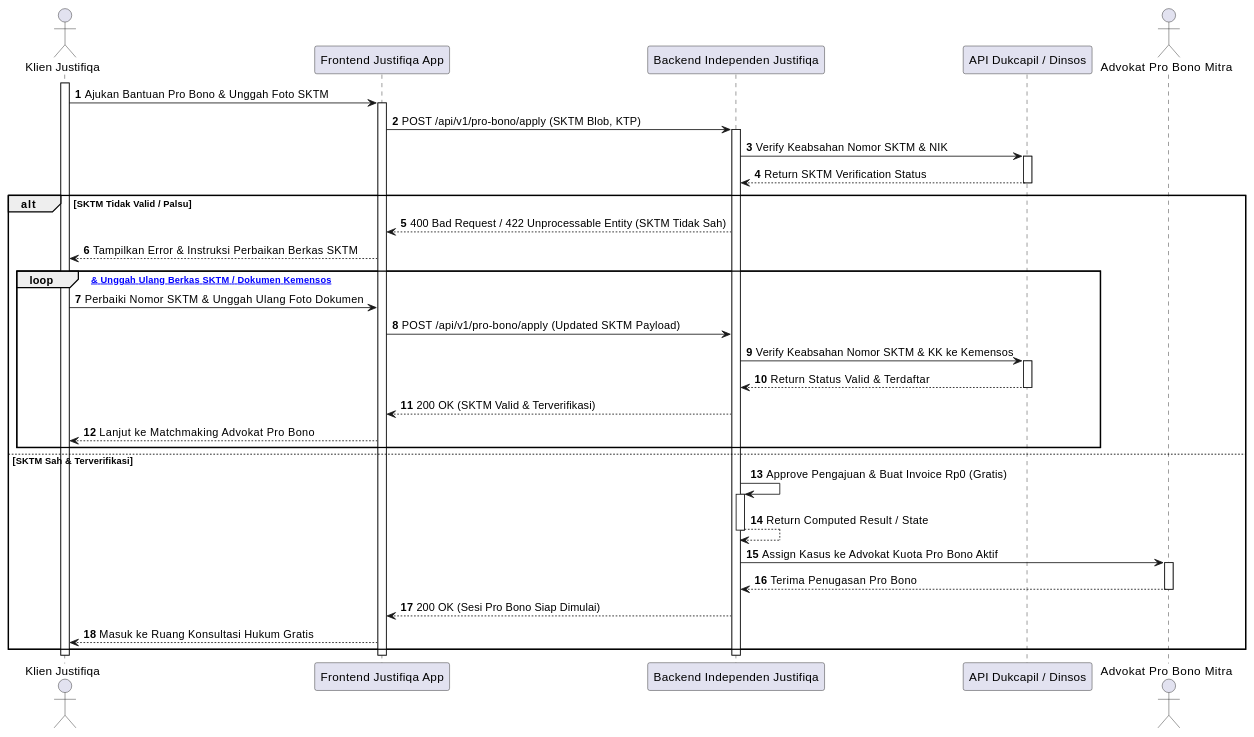
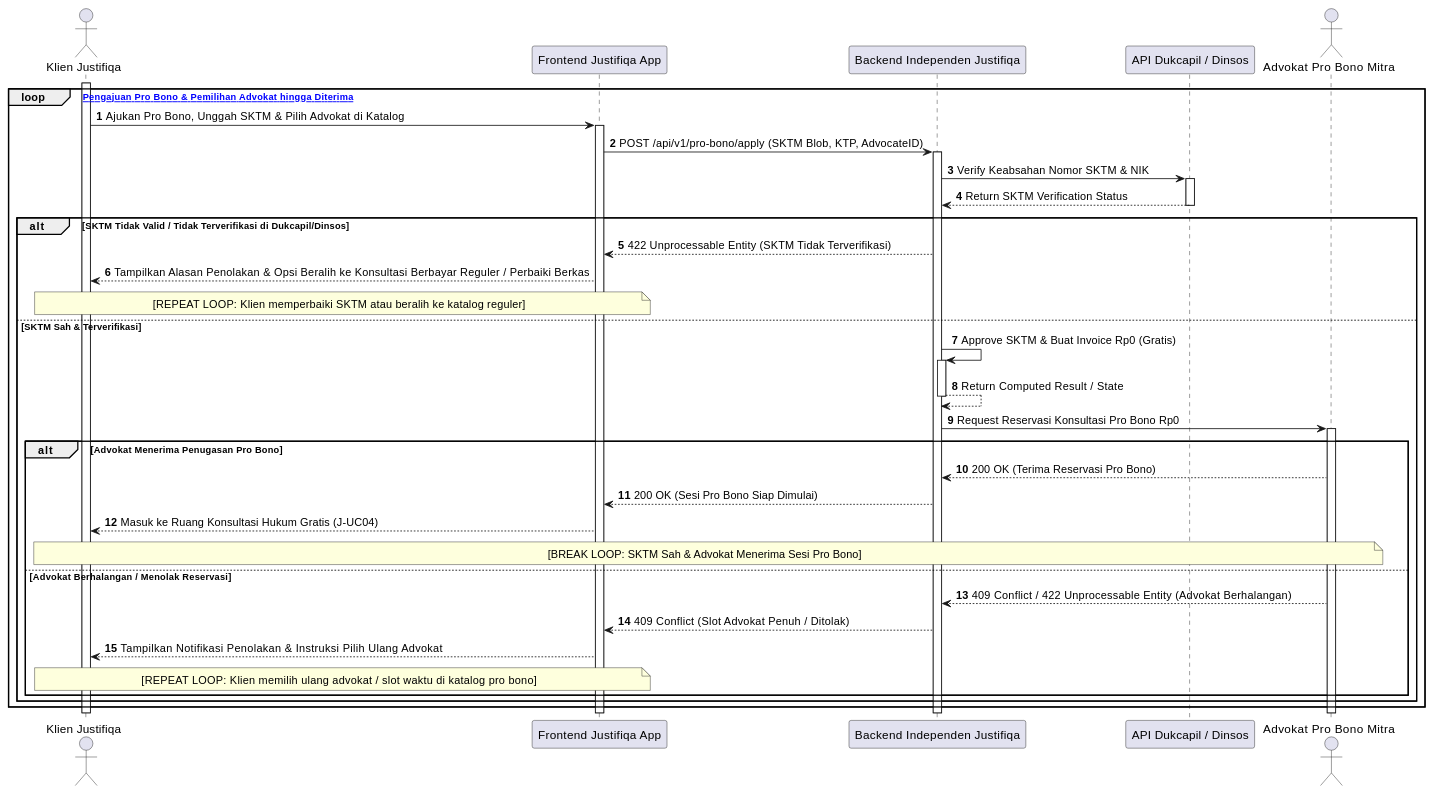
Before and after one commit to tupperwureism/SuperApp-Gagal: the seventh of 27 diagrams in MarkDown/plantuml_sequence_diagrams.md, drawn with PlantUML. The commit also changed other lines of this file and 2 other files, not shown here.

Commit message:
refactor(uml): standardize outer loop validation pattern and enforce 1-to-1 decision mapping between AD and SD

````diff
--- a/MarkDown/plantuml_sequence_diagrams.md
+++ b/MarkDown/plantuml_sequence_diagrams.md
@@ -400,41 +405,44 @@
 ```plantuml
 @startuml
 autonumber
 actor "Klien Justifiqa" as Klien
 participant "Frontend Justifiqa App" as FE
 participant "Backend Independen Justifiqa" as BE
 participant "API Dukcapil / Dinsos" as Ext
 actor "Advokat Pro Bono Mitra" as Mitra
 
 activate Klien
-Klien -> FE ++ : Ajukan Bantuan Pro Bono & Unggah Foto SKTM
-FE -> BE ++ : POST /api/v1/pro-bono/apply (SKTM Blob, KTP)
-BE -> Ext ++ : Verify Keabsahan Nomor SKTM & NIK
-Ext --> BE -- : Return SKTM Verification Status
+loop [Percobaan Pengajuan Pro Bono & Pemilihan Advokat hingga Diterima]
+    Klien -> FE ++ : Ajukan Pro Bono, Unggah SKTM & Pilih Advokat di Katalog
+    FE -> BE ++ : POST /api/v1/pro-bono/apply (SKTM Blob, KTP, AdvocateID)
+    BE -> Ext ++ : Verify Keabsahan Nomor SKTM & NIK
+    Ext --> BE -- : Return SKTM Verification Status
 
-alt SKTM Tidak Valid / Palsu
-    BE --> FE : 400 Bad Request / 422 Unprocessable Entity (SKTM Tidak Sah)
-    FE --> Klien : Tampilkan Error & Instruksi Perbaikan Berkas SKTM
-    
-    loop [Revisi & Unggah Ulang Berkas SKTM / Dokumen Kemensos]
-        Klien -> FE : Perbaiki Nomor SKTM & Unggah Ulang Foto Dokumen
-        FE -> BE : POST /api/v1/pro-bono/apply (Updated SKTM Payload)
-        BE -> Ext ++ : Verify Keabsahan Nomor SKTM & KK ke Kemensos
-        Ext --> BE -- : Return Status Valid & Terdaftar
-        BE --> FE : 200 OK (SKTM Valid & Terverifikasi)
-        FE --> Klien : Lanjut ke Matchmaking Advokat Pro Bono
+    alt SKTM Tidak Valid / Tidak Terverifikasi di Dukcapil/Dinsos
+        BE --> FE : 422 Unprocessable Entity (SKTM Tidak Terverifikasi)
+        FE --> Klien : Tampilkan Alasan Penolakan & Opsi Beralih ke Konsultasi Berbayar Reguler / Perbaiki Berkas
+        note over Klien, FE : [REPEAT LOOP: Klien memperbaiki SKTM atau beralih ke katalog reguler]
+    else SKTM Sah & Terverifikasi
+        BE -> BE ++ : Approve SKTM & Buat Invoice Rp0 (Gratis)
+        BE --> BE -- : Return Computed Result / State
+        BE -> Mitra ++ : Request Reservasi Konsultasi Pro Bono Rp0
+        
+        alt Advokat Menerima Penugasan Pro Bono
+            Mitra --> BE : 200 OK (Terima Reservasi Pro Bono)
+            BE --> FE : 200 OK (Sesi Pro Bono Siap Dimulai)
+            FE --> Klien : Masuk ke Ruang Konsultasi Hukum Gratis (J-UC04)
+            note over Klien, Mitra : [BREAK LOOP: SKTM Sah & Advokat Menerima Sesi Pro Bono]
+        else Advokat Berhalangan / Menolak Reservasi
+            Mitra --> BE : 409 Conflict / 422 Unprocessable Entity (Advokat Berhalangan)
+            BE --> FE : 409 Conflict (Slot Advokat Penuh / Ditolak)
+            FE --> Klien : Tampilkan Notifikasi Penolakan & Instruksi Pilih Ulang Advokat
+            note over Klien, FE : [REPEAT LOOP: Klien memilih ulang advokat / slot waktu di katalog pro bono]
+        end
     end
-else SKTM Sah & Terverifikasi
-    BE -> BE ++ : Approve Pengajuan & Buat Invoice Rp0 (Gratis)
-    BE --> BE -- : Return Computed Result / State
-    BE -> Mitra ++ : Assign Kasus ke Advokat Kuota Pro Bono Aktif
-    Mitra --> BE -- : Terima Penugasan Pro Bono
-    BE --> FE : 200 OK (Sesi Pro Bono Siap Dimulai)
-    FE --> Klien : Masuk ke Ruang Konsultasi Hukum Gratis
 end
 deactivate BE
 deactivate FE
 deactivate Klien
 deactivate Mitra
 @enduml
 ```
````
